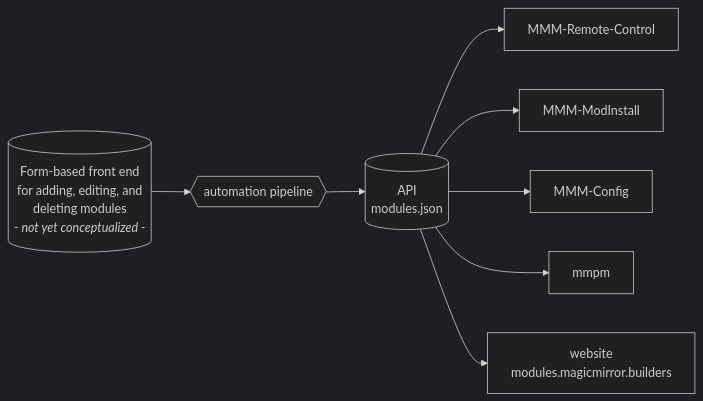
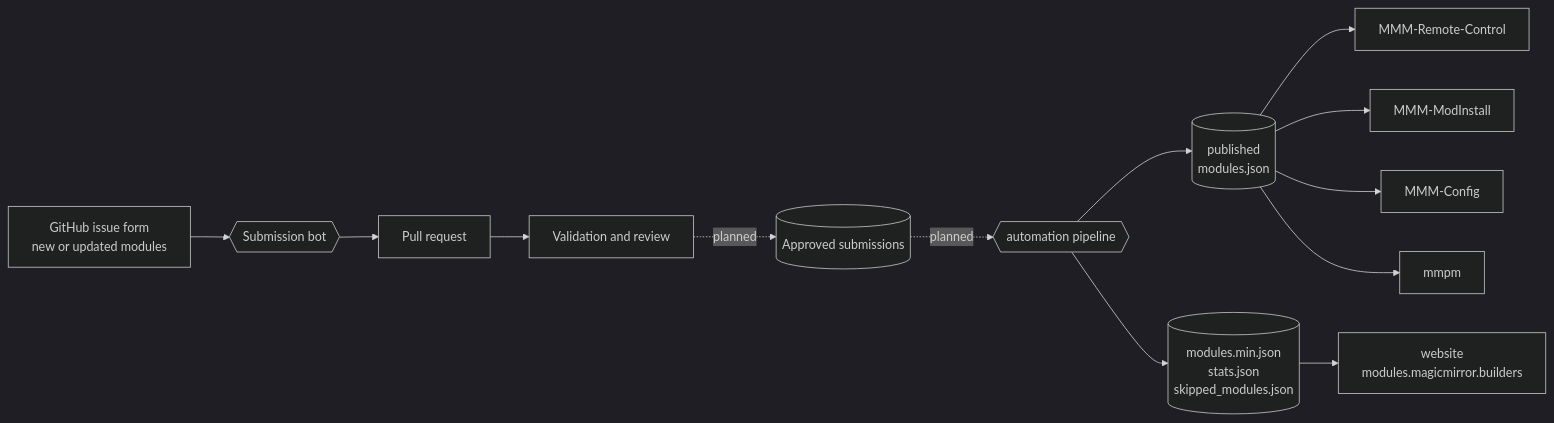
Before and after one commit to MagicMirrorOrg/MagicMirror-3rd-Party-Modules: the third of 3 diagrams in docs/architecture.md, drawn with Mermaid (dark theme). The commit also changed other lines of this file and 12 other files, not shown here.

````diff
--- a/docs/architecture.md
+++ b/docs/architecture.md
@@ -124,18 +136,26 @@
 ```mermaid
 flowchart LR
-  ui[(Form-based front end<br>for adding, editing, and<br>deleting modules<br><i>- not yet conceptualized -</i>)]
+  ui[GitHub issue form<br>new or updated modules]
+  bot{{Submission bot}}
+  pr[Pull request]
+  review[Validation and review]
+  registry[(Approved submissions)]
   pipeline{{automation pipeline}}
-  api[(API<br>modules.json)]
+  api[(published<br>modules.json)]
+  websiteData[(modules.min.json<br>stats.json<br>skipped_modules.json)]
   remote[MMM-Remote-Control]
   modinstall[MMM-ModInstall]
   config[MMM-Config]
   mmpm[mmpm]
   moduleWebsite[website<br>modules.magicmirror.builders]
 
-  ui --> pipeline --> api
+  ui --> bot --> pr --> review
+  review -. planned .-> registry
+  registry -. planned .-> pipeline
+  pipeline --> api
+  pipeline --> websiteData --> moduleWebsite
   api --> remote
   api --> modinstall
   api --> config
   api --> mmpm
-  api --> moduleWebsite
 ```
````
